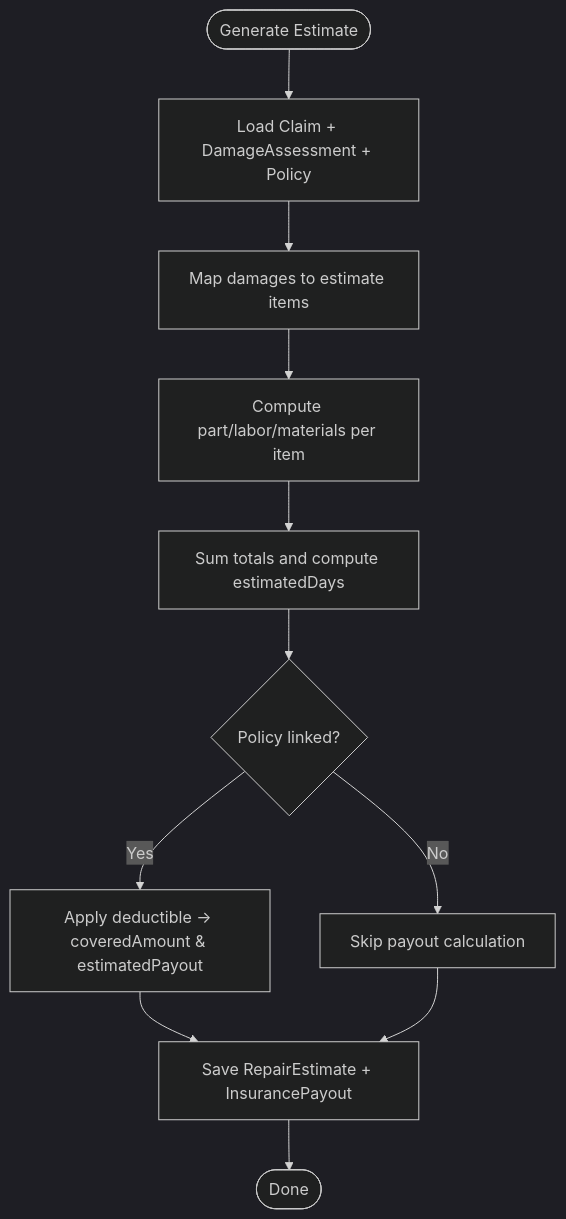
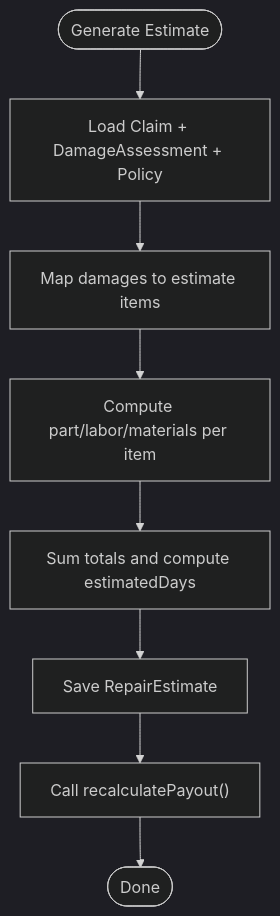
The eighth of 13 diagrams in .qoder/repowiki/en/content/Business Logic Layer/Claims Processing Workflow.md (NaveenHiranya/Smart-Vehicle-Insurance-Claim-System), drawn with Mermaid (dark theme) before and after one commit. The commit also changed other lines of this file and 38 other files, not shown here.

````diff
--- a/.qoder/repowiki/en/content/Business Logic Layer/Claims Processing Workflow.md
+++ b/.qoder/repowiki/en/content/Business Logic Layer/Claims Processing Workflow.md
@@ -318,13 +369,10 @@
 ```mermaid
 flowchart TD
 Start(["Generate Estimate"]) --> Load["Load Claim + DamageAssessment + Policy"]
 Load --> Items["Map damages to estimate items"]
 Items --> Costs["Compute part/labor/materials per item"]
 Costs --> Totals["Sum totals and compute estimatedDays"]
-Totals --> Payout{"Policy linked?"}
-Payout --> |Yes| CalcPayout["Apply deductible -> coveredAmount & estimatedPayout"]
-Payout --> |No| SkipPayout["Skip payout calculation"]
-CalcPayout --> Save["Save RepairEstimate + InsurancePayout"]
-SkipPayout --> Save
-Save --> End(["Done"])
+Totals --> SaveEstimate["Save RepairEstimate"]
+SaveEstimate --> RecalculatePayout["Call recalculatePayout()"]
+RecalculatePayout --> End(["Done"])
 ```
````
